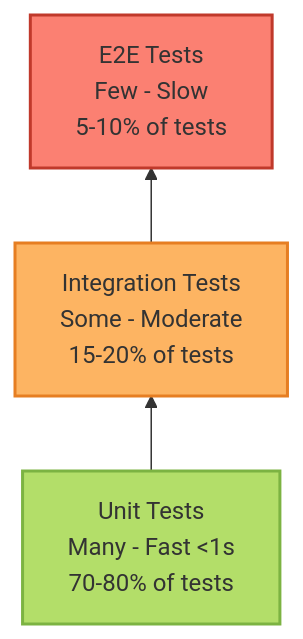
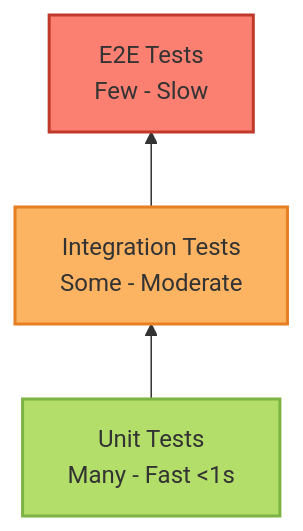
The diagram in docs/advanced/testing.mdx (vishnu2kmohan/mcp-server-langgraph), drawn with Mermaid before and after one commit. The commit also changed other lines of this file and 93 other files, not shown here.

First line of the commit message:
docs: fix MDX syntax errors, broken links, and Mermaid diagram issues

````diff
--- a/docs/advanced/testing.mdx
+++ b/docs/advanced/testing.mdx
@@ -17,13 +17,13 @@
 ```mermaid
 flowchart BT
-    Unit[Unit Tests<br/>Many - Fast &lt;1s<br/>70-80% of tests] --> Integration[Integration Tests<br/>Some - Moderate<br/>15-20% of tests]
-    Integration --> E2E[E2E Tests<br/>Few - Slow<br/>5-10% of tests]
+    Unit[Unit Tests<br/>Many - Fast &lt;1s<br/&gt;70-80% of tests] --> Integration[Integration Tests<br/>Some - Moderate<br/&gt;15-20% of tests]
+    Integration --> E2E[E2E Tests<br/>Few - Slow<br/&gt;5-10% of tests]
 
     classDef unitStyle fill:#b3de69,stroke:#7cb342,stroke-width:2px,color:#333
     classDef integrationStyle fill:#fdb462,stroke:#e67e22,stroke-width:2px,color:#333
     classDef e2eStyle fill:#fb8072,stroke:#c0392b,stroke-width:2px,color:#333
 
     class Unit unitStyle
     class Integration integrationStyle
     class E2E e2eStyle
 ```
````
